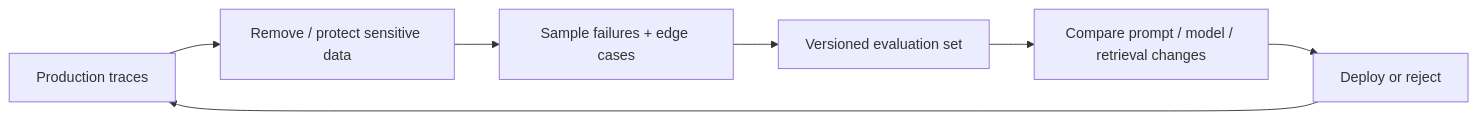
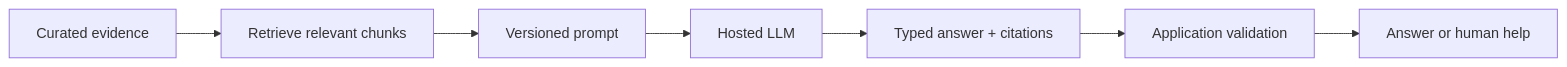
One commit to gksoriginals/lbs-full-stack-ai changed the fourth of 4 diagrams in markdown/05-llm-integration.md. Above: the diagram before and after it, drawn with Mermaid. The commit also changed other lines of this file and 12 other files, not shown here.

````diff
--- a/markdown/05-llm-integration.md
+++ b/markdown/05-llm-integration.md
@@ -387,9 +218,9 @@
 ```mermaid
 flowchart LR
-    P[Production traces] --> S[Remove / protect sensitive data]
-    S --> F[Sample failures + edge cases]
-    F --> E[Versioned evaluation set]
-    E --> C[Compare prompt / model / retrieval changes]
-    C --> D[Deploy or reject]
-    D --> P
+  E[Curated evidence] --> R[Retrieve relevant chunks]
+  R --> P[Versioned prompt]
+  P --> M[Hosted LLM]
+  M --> C[Typed answer + citations]
+  C --> V[Application validation]
+  V --> O[Answer or human help]
 ```
````
